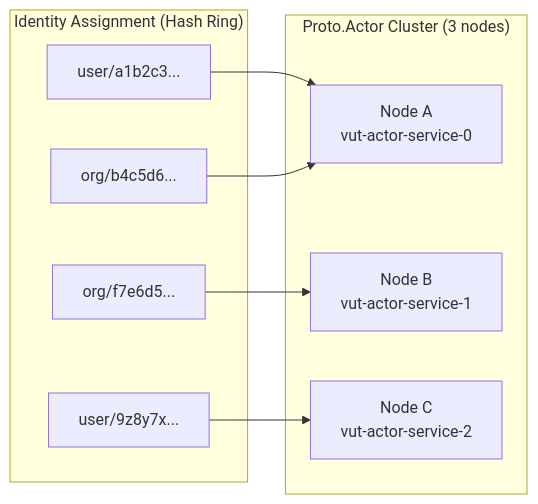
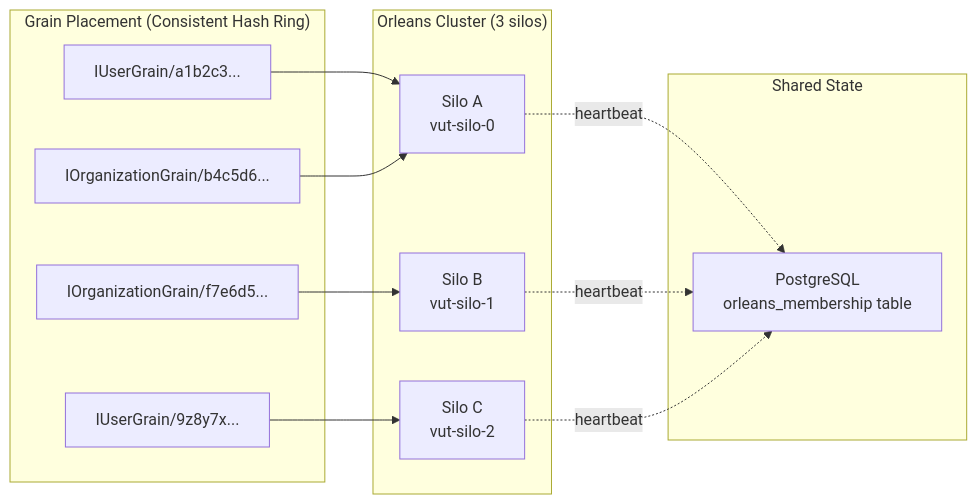
One commit to lekhasy/Vut changed the third of 19 diagrams in epics/01-epic-first-signin-org/architecture/architecture.md. Above: the diagram before and after it, drawn with Mermaid. The commit also changed other lines of this file and 32 other files, not shown here.

````diff
--- a/epics/01-epic-first-signin-org/architecture/architecture.md
+++ b/epics/01-epic-first-signin-org/architecture/architecture.md
@@ -203,15 +226,23 @@
 ```mermaid
 graph LR
-    subgraph "Proto.Actor Cluster (3 nodes)"
-        N1["Node A<br/>vut-actor-service-0"]
-        N2["Node B<br/>vut-actor-service-1"]
-        N3["Node C<br/>vut-actor-service-2"]
+    subgraph "Orleans Cluster (3 silos)"
+        N1["Silo A<br/>vut-silo-0"]
+        N2["Silo B<br/>vut-silo-1"]
+        N3["Silo C<br/>vut-silo-2"]
     end
 
-    subgraph "Identity Assignment (Hash Ring)"
-        I1["user/a1b2c3..."] --> N1
-        I2["org/f7e6d5..."] --> N2
-        I3["user/9z8y7x..."] --> N3
-        I4["org/b4c5d6..."] --> N1
+    subgraph "Grain Placement (Consistent Hash Ring)"
+        I1["IUserGrain/a1b2c3..."] --> N1
+        I2["IOrganizationGrain/f7e6d5..."] --> N2
+        I3["IUserGrain/9z8y7x..."] --> N3
+        I4["IOrganizationGrain/b4c5d6..."] --> N1
     end
+
+    subgraph "Shared State"
+        PG["PostgreSQL<br/>orleans_membership table"]
+    end
+
+    N1 -.->|heartbeat| PG
+    N2 -.->|heartbeat| PG
+    N3 -.->|heartbeat| PG
 ```
````
